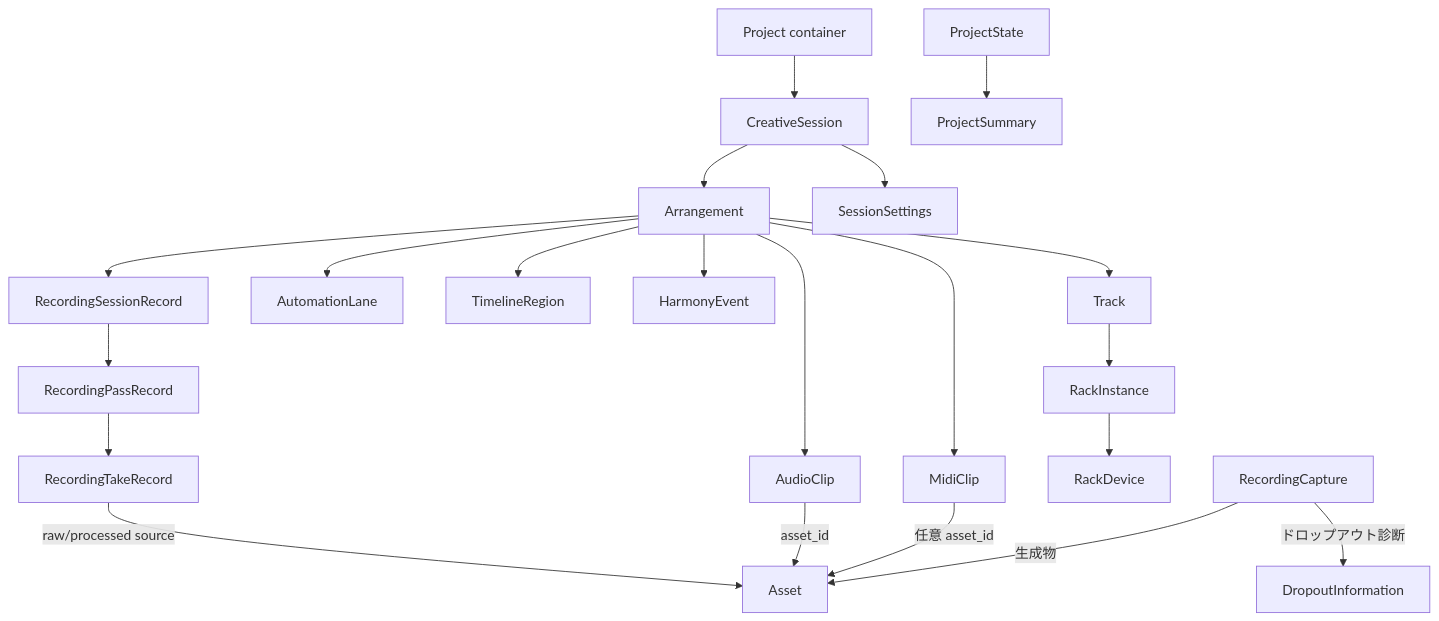
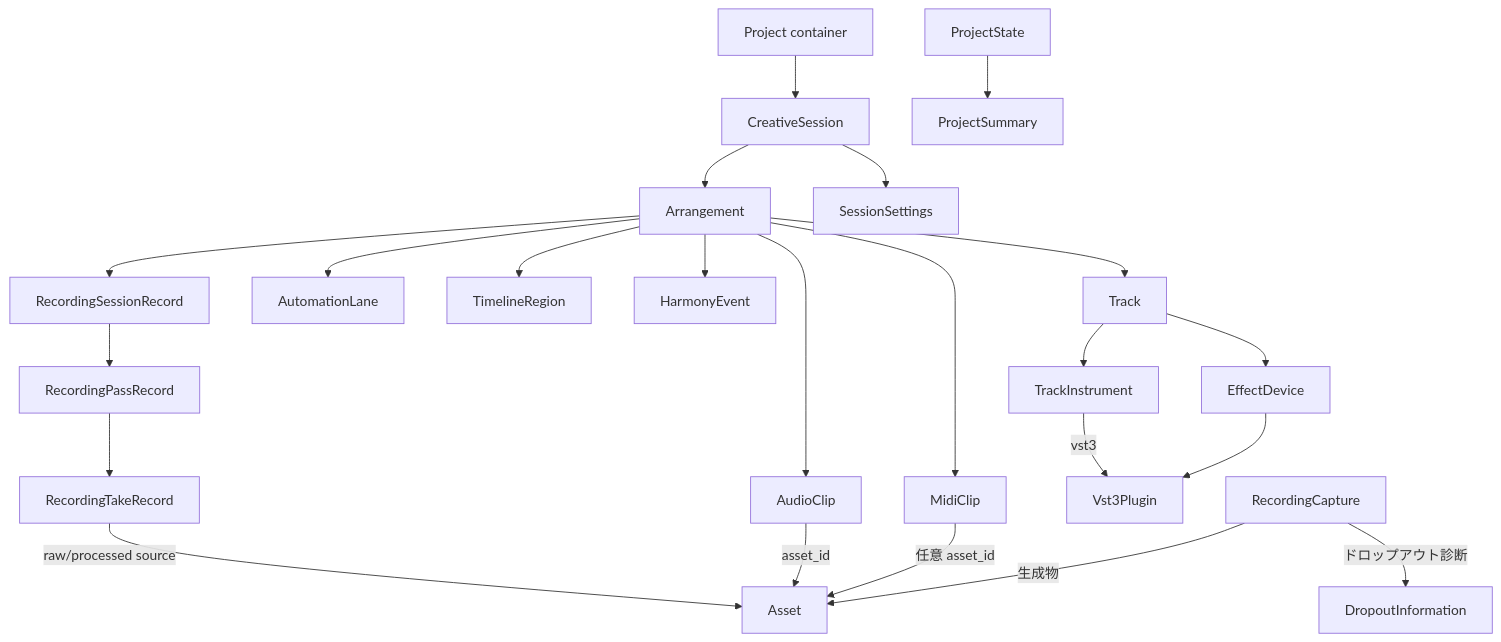
One commit to endo-ly/riffra changed the diagram in docs/data-model.md. Above: the diagram before and after it, drawn with Mermaid. The commit also changed other lines of this file and 3 other files, not shown here.

````diff
--- a/docs/data-model.md
+++ b/docs/data-model.md
@@ -156,23 +150,25 @@
 ```mermaid
 flowchart TD
     PC[Project container] --> CS[CreativeSession]
     PS[ProjectState] --> PM[ProjectSummary]
     CS --> AR[Arrangement]
     AR --> TR[Track]
     AR --> AC[AudioClip]
     AR --> MC[MidiClip]
     AR --> AU[AutomationLane]
     AR --> RG[TimelineRegion]
     AR --> HE[HarmonyEvent]
     AR --> RS[RecordingSessionRecord]
     RS --> RP[RecordingPassRecord]
     RP --> RT[RecordingTakeRecord]
     RT -->|raw/processed source| AS[Asset]
     AC -->|asset_id| AS
     MC -->|任意 asset_id| AS
-    TR --> RI[RackInstance]
-    RI --> RD[RackDevice]
+    TR --> TI[TrackInstrument]
+    TR --> ED[EffectDevice]
+    TI -->|vst3| VP[Vst3Plugin]
+    ED --> VP
     CS --> SE[SessionSettings]
     RC[RecordingCapture] -->|生成物| AS
     RC -->|ドロップアウト診断| DI[DropoutInformation]
 ```
````
